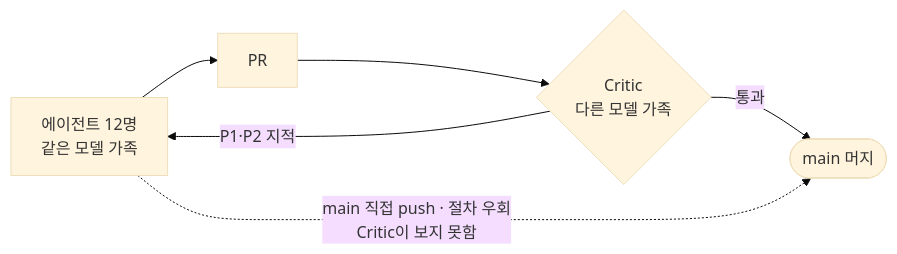
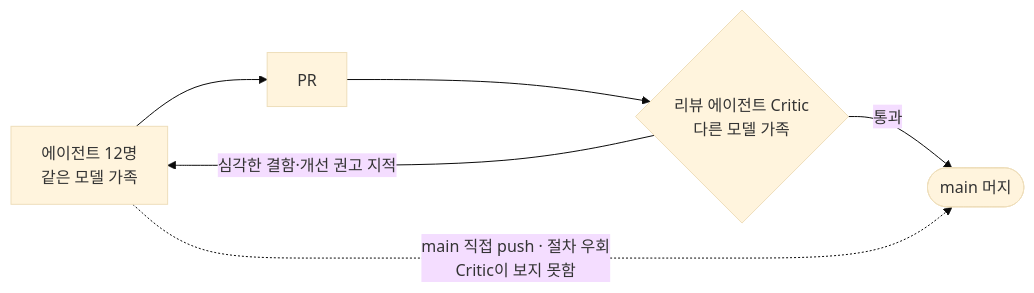
The diagram in content/posts/toward-model-agnostic-harness/diagrams/critic.ko.mmd (tpals0409/Leo-s-Build-Log), drawn with Mermaid (base theme) before and after one commit. The commit also changed 82 other files, not shown here.

```diff
--- a/content/posts/toward-model-agnostic-harness/diagrams/critic.ko.mmd
+++ b/content/posts/toward-model-agnostic-harness/diagrams/critic.ko.mmd
@@ -1,5 +1,5 @@
 flowchart LR
-  A[에이전트 12명<br/>같은 모델 가족] --> PR[PR] --> C{Critic<br/>다른 모델 가족}
-  C -->|P1·P2 지적| A
+  A[에이전트 12명<br/>같은 모델 가족] --> PR[PR] --> C{리뷰 에이전트 Critic<br/>다른 모델 가족}
+  C -->|심각한 결함·개선 권고 지적| A
   C -->|통과| M([main 머지])
   A -.->|main 직접 push · 절차 우회<br/>Critic이 보지 못함| M
```
